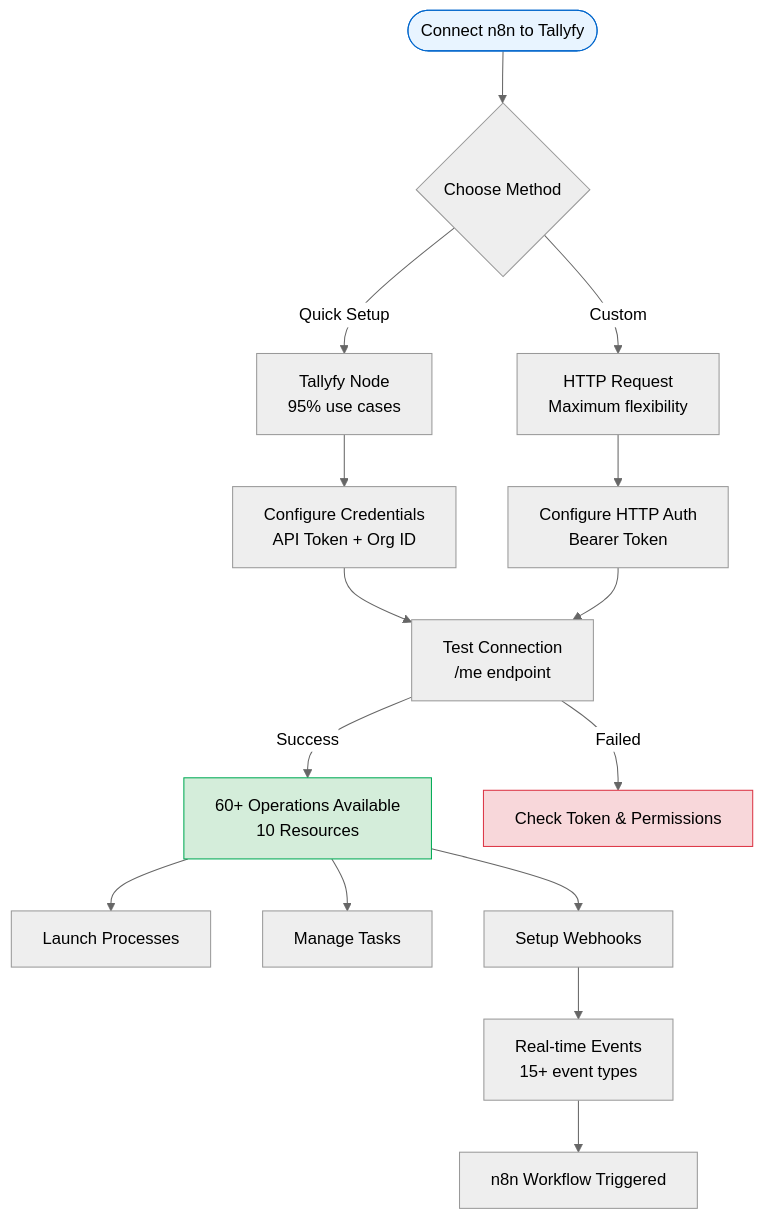
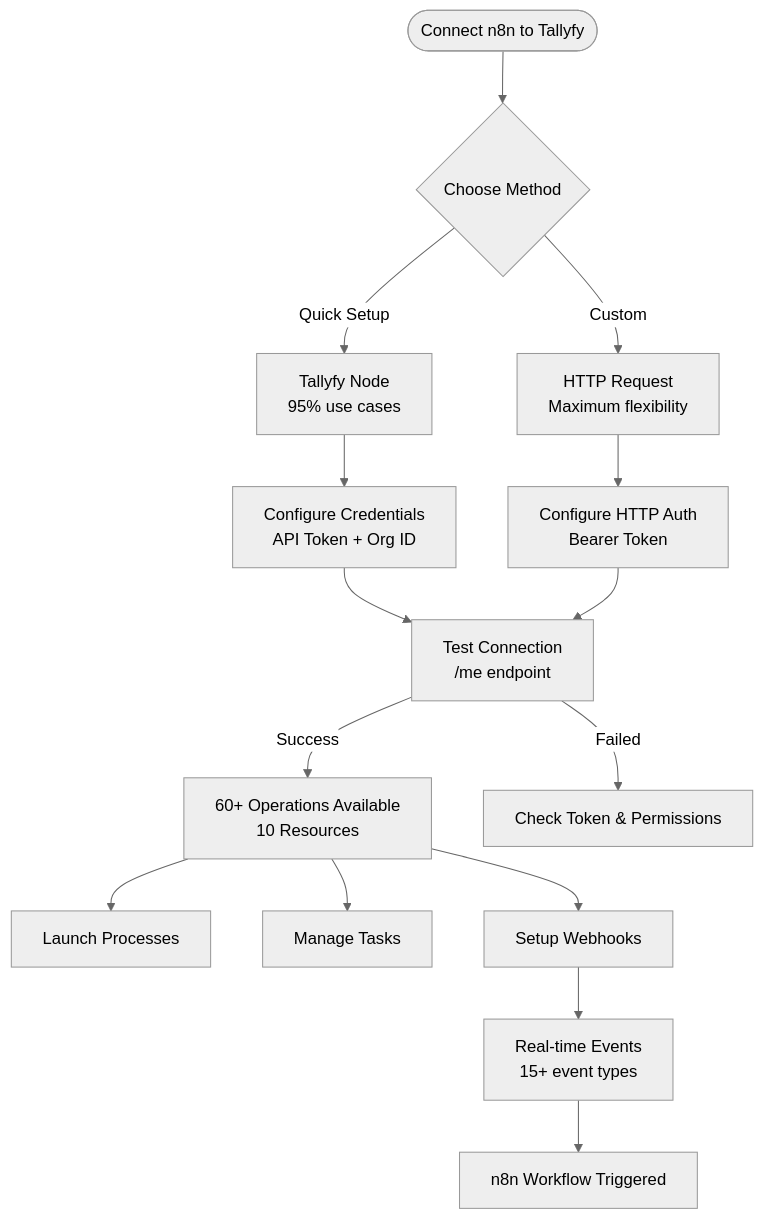
Before and after one commit to tallyfy/documentation: the first of 2 diagrams in src/content/docs/pro/integrations/middleware/n8n/connecting-n8n-to-tallyfy.mdx, drawn with Mermaid (neutral theme). The commit also changed 13 other files, not shown here.

First line of the commit message:
Remove style directives from Mermaid diagrams across documentation

````diff
--- a/src/content/docs/pro/integrations/middleware/n8n/connecting-n8n-to-tallyfy.mdx
+++ b/src/content/docs/pro/integrations/middleware/n8n/connecting-n8n-to-tallyfy.mdx
@@ -24,31 +24,28 @@
 ```mermaid
 flowchart TD
     Start([Connect n8n to Tallyfy]) --> Method{Choose Method}
     
     Method -->|Quick Setup| Node[Tallyfy Node<br/>95% use cases]
     Method -->|Custom| HTTP[HTTP Request<br/>Maximum flexibility]
     
     Node --> Creds[Configure Credentials<br/>API Token + Org ID]
     HTTP --> HTTPCreds[Configure HTTP Auth<br/>Bearer Token]
     
     Creds --> Test[Test Connection<br/>/me endpoint]
     HTTPCreds --> Test
     
     Test -->|Success| Ops[60+ Operations Available<br/>10 Resources]
     Test -->|Failed| Debug[Check Token & Permissions]
     
     Ops --> Launch[Launch Processes]
     Ops --> Tasks[Manage Tasks]
     Ops --> Webhook[Setup Webhooks]
     
     Webhook --> Events[Real-time Events<br/>15+ event types]
     Events --> n8n[n8n Workflow Triggered]
     
     click Node "/products/pro/integrations/middleware/n8n/" "n8n integration overview"
     click Ops "/products/pro/integrations/open-api/" "Tallyfy API documentation"
     click Webhook "/products/pro/integrations/webhooks/" "Webhook configuration"
     
-    style Start fill:#E8F4FF,stroke:#0066CC
-    style Ops fill:#D4EDDA,stroke:#00AA55
-    style Debug fill:#F8D7DA,stroke:#DC3545
 ```
````
